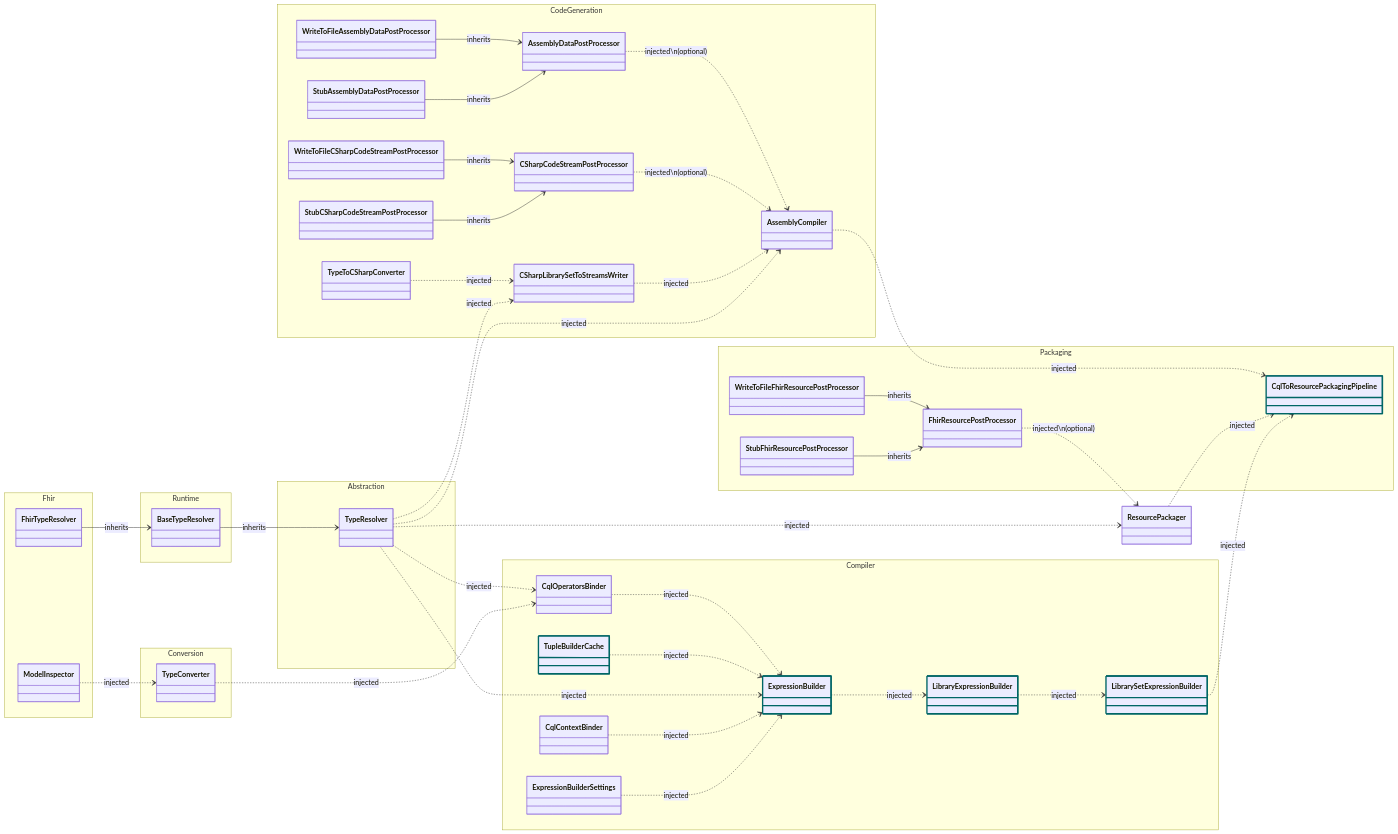
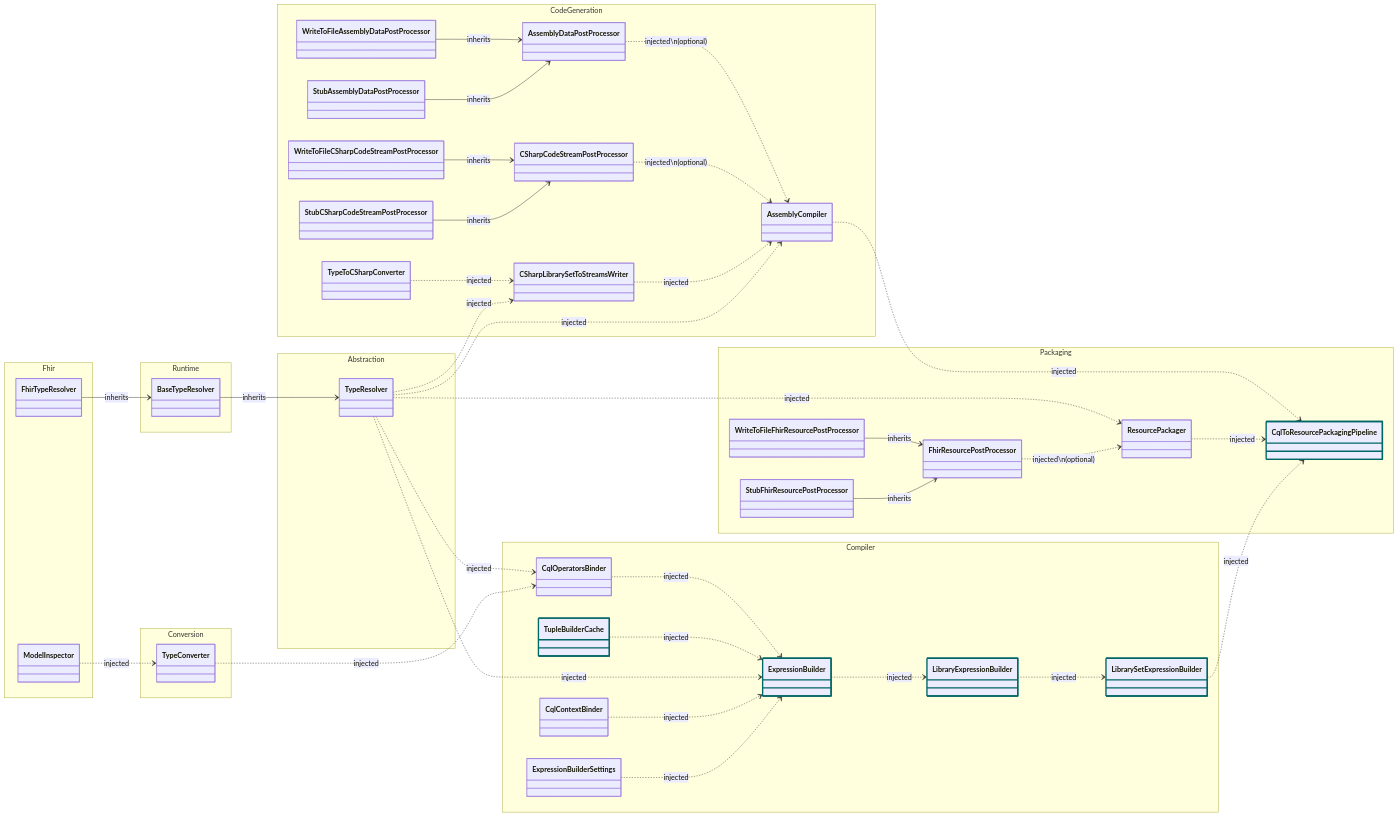
Before and after one commit to FirelyTeam/firely-cql-sdk: the diagram in docs/packager-cli-dependency-graph.md, drawn with Mermaid.

Commit message:
Missed ResourcePackager in diagram

```diff
--- a/docs/packager-cli-dependency-graph.md
+++ b/docs/packager-cli-dependency-graph.md
@@ -40,6 +40,7 @@
         class WriteToFileFhirResourcePostProcessor { }
         class StubFhirResourcePostProcessor { }
         class CqlToResourcePackagingPipeline { }
+        class ResourcePackager { }
     }
 
     namespace Abstraction {
```
